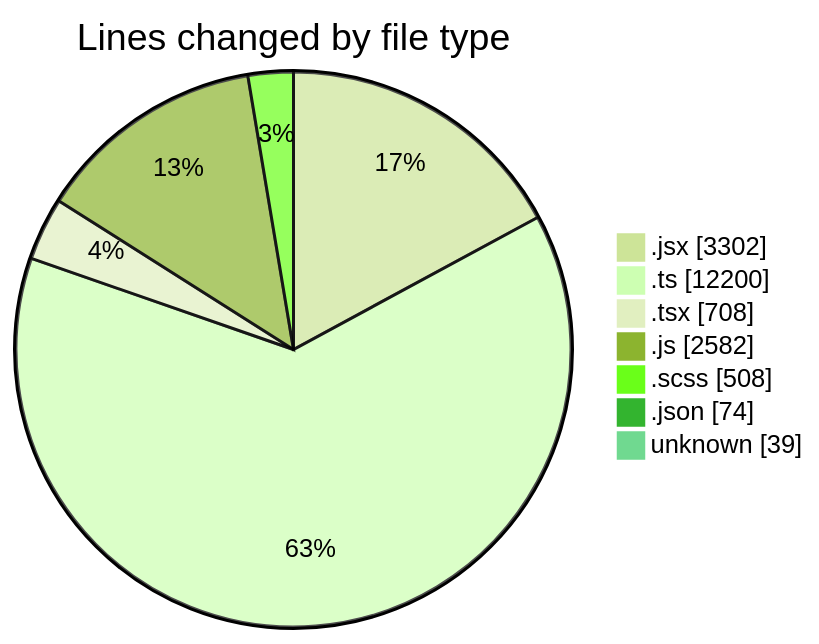
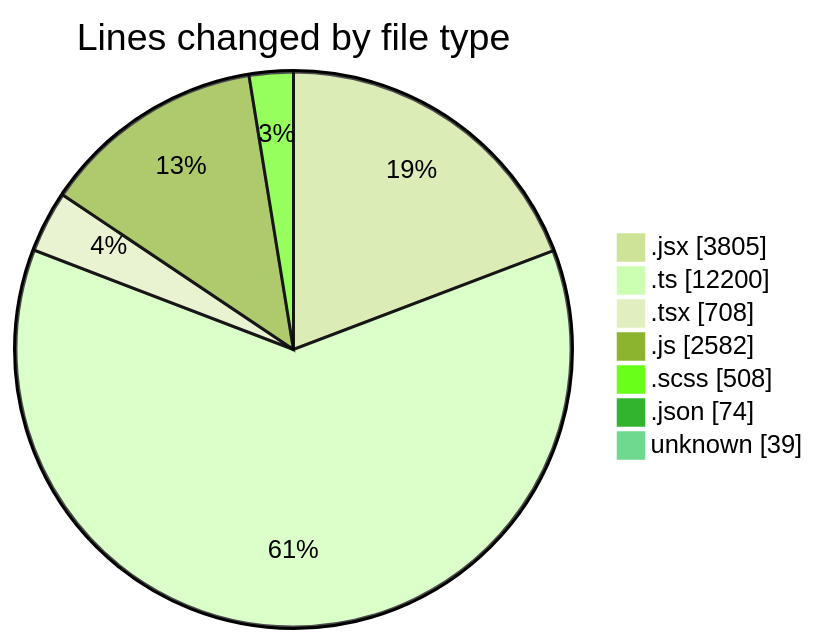
One commit to momahboobian/code-tracking changed the first of 2 diagrams in 2025-06-05/cda/README.md. Above: the diagram before and after it, drawn with Mermaid (forest theme). The commit also changed other lines of this file and 1 other file, not shown here.

````diff
--- a/2025-06-05/cda/README.md
+++ b/2025-06-05/cda/README.md
@@ -57,11 +57,11 @@
 ```mermaid
 pie showData
 title Lines changed by file type
-".jsx" : 3302
+".jsx" : 3805
 ".ts" : 12200
 ".tsx" : 708
 ".js" : 2582
 ".scss" : 508
 ".json" : 74
 "unknown" : 39
 ```
````
